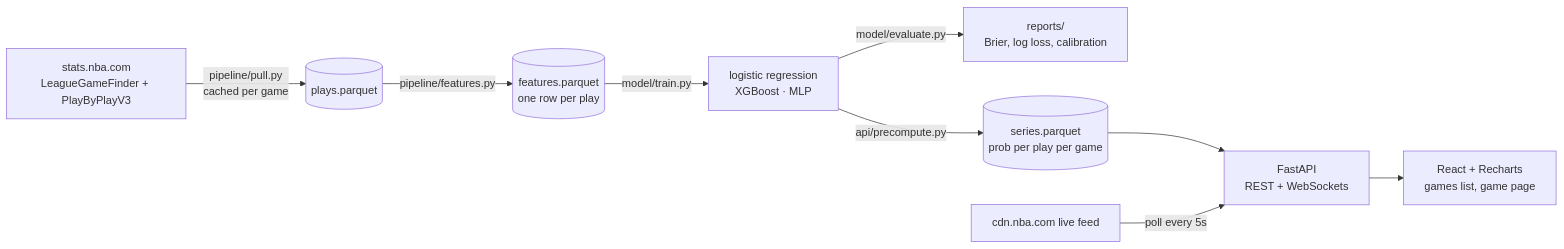
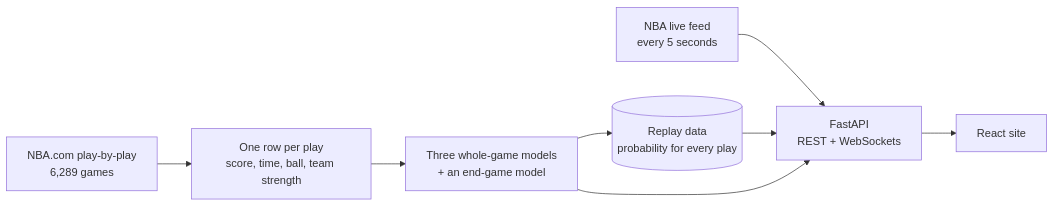
One commit to thelog5/clutch changed the diagram in README.md. Above: the diagram before and after it, drawn with Mermaid. The commit also changed other lines of this file and 3 other files, not shown here.

````diff
--- a/README.md
+++ b/README.md
@@ -17,11 +23,10 @@
 ```mermaid
 flowchart LR
-  A[stats.nba.com<br/>LeagueGameFinder + PlayByPlayV3] -->|pipeline/pull.py<br/>cached per game| B[(plays.parquet)]
-  B -->|pipeline/features.py| C[(features.parquet<br/>one row per play)]
-  C -->|model/train.py| D[logistic regression<br/>XGBoost · MLP]
-  D -->|model/evaluate.py| E[reports/<br/>Brier, log loss, calibration]
-  D -->|api/precompute.py| F[(series.parquet<br/>prob per play per game)]
-  F --> G[FastAPI<br/>REST + WebSockets]
-  H[cdn.nba.com live feed] -->|poll every 5s| G
-  G --> I[React + Recharts<br/>games list, game page]
+  A[NBA.com play-by-play<br/>6,289 games] --> B[One row per play<br/>score, time, ball, team strength]
+  B --> C[Three whole-game models<br/>+ an end-game model]
+  C --> D[(Replay data<br/>probability for every play)]
+  E[NBA live feed<br/>every 5 seconds] --> F[FastAPI<br/>REST + WebSockets]
+  D --> F
+  C --> F
+  F --> G[React site]
 ```
````
